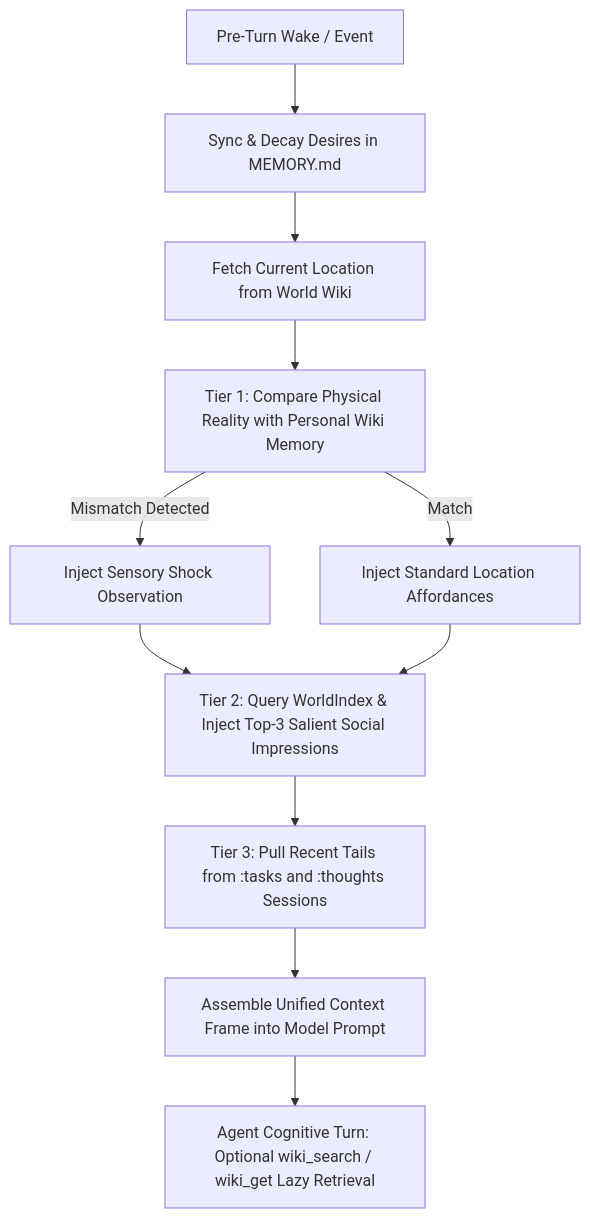
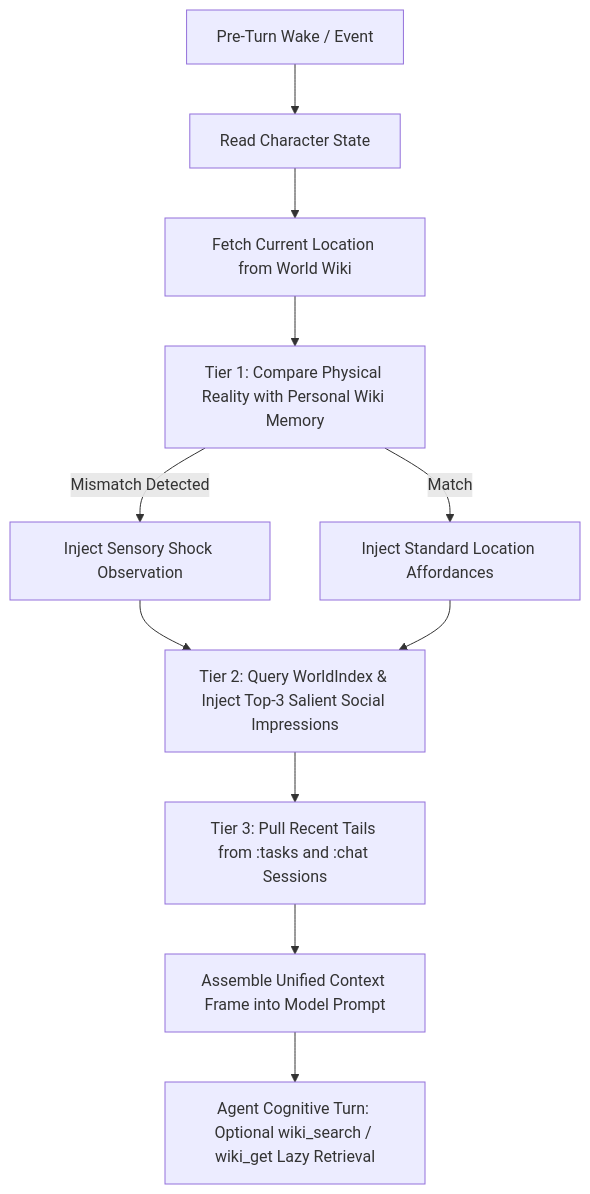
Before and after one commit to f1yingbanana/kazusa: the diagram in .agents/skills/kazusa/references/primitives_mapping.md, drawn with Mermaid. The commit also changed other lines of this file and 25 other files, not shown here.

````diff
--- a/.agents/skills/kazusa/references/primitives_mapping.md
+++ b/.agents/skills/kazusa/references/primitives_mapping.md
@@ -63,13 +68,13 @@
 ```mermaid
 flowchart TD
-    A[Pre-Turn Wake / Event] --> B[Sync & Decay Desires in MEMORY.md]
+    A[Pre-Turn Wake / Event] --> B[Read Character State]
     B --> C[Fetch Current Location from World Wiki]
     C --> D[Tier 1: Compare Physical Reality with Personal Wiki Memory]
     D -->|Mismatch Detected| E[Inject Sensory Shock Observation]
     D -->|Match| F[Inject Standard Location Affordances]
     E --> G[Tier 2: Query WorldIndex & Inject Top-3 Salient Social Impressions]
     F --> G
-    G --> H[Tier 3: Pull Recent Tails from :tasks and :thoughts Sessions]
+    G --> H[Tier 3: Pull Recent Tails from :tasks and :chat Sessions]
     H --> I[Assemble Unified Context Frame into Model Prompt]
     I --> J[Agent Cognitive Turn: Optional wiki_search / wiki_get Lazy Retrieval]
 ```
````
